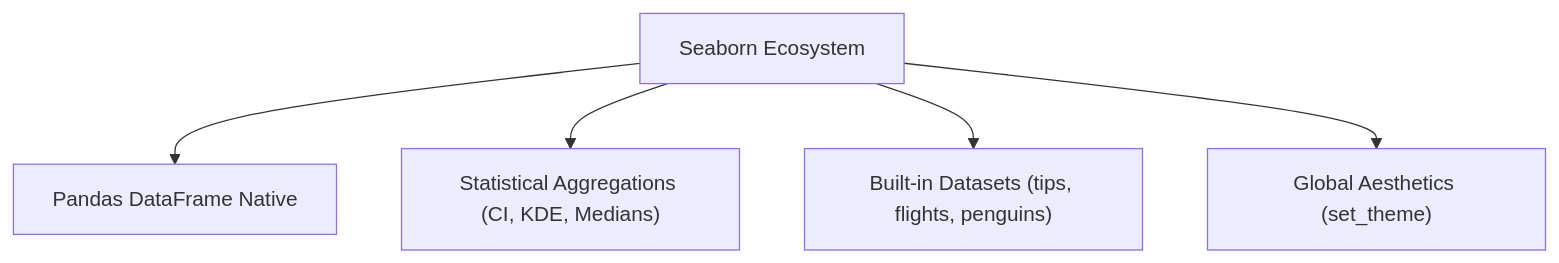
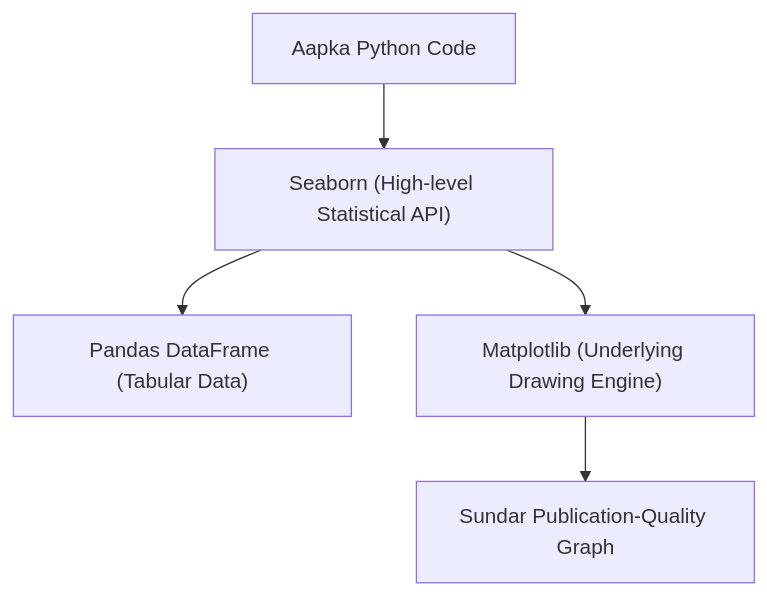
Before and after one commit to S1h2i3v4a/AI_ML: the diagram in lecture_19/Notes_19.10/README_HINGLISH.md, drawn with Mermaid. The commit also changed other lines of this file and 203 other files, not shown here.

Commit message:
docs(lectures 19-21): align notes with video lectures, add blackboard diagrams, clean structured functions, and compile vector PDFs

````diff
--- a/lecture_19/Notes_19.10/README_HINGLISH.md
+++ b/lecture_19/Notes_19.10/README_HINGLISH.md
@@ -28,7 +31,7 @@
 ```mermaid
 flowchart TD
-    A["Seaborn Ecosystem"] --> B["Pandas DataFrame Native"]
-    A --> C["Statistical Aggregations (CI, KDE, Medians)"]
-    A --> D["Built-in Datasets (tips, flights, penguins)"]
-    A --> E["Global Aesthetics (set_theme)"]
+    A["Aapka Python Code"] --> B["Seaborn (High-level Statistical API)"]
+    B --> C["Pandas DataFrame (Tabular Data)"]
+    B --> D["Matplotlib (Underlying Drawing Engine)"]
+    D --> E["Sundar Publication-Quality Graph"]
 ```
````
